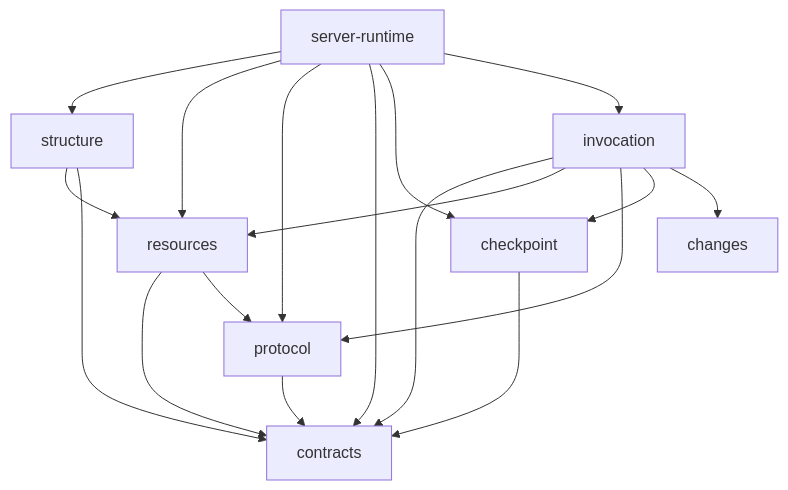
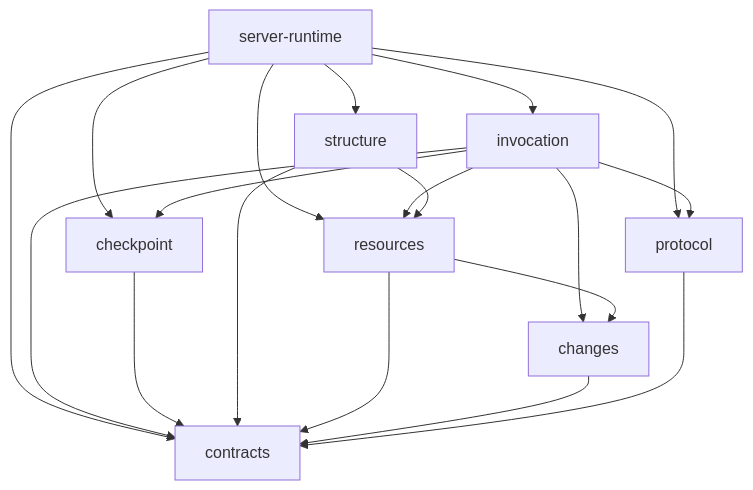
One commit to weiliang0121/capix changed the diagram in docs/contracts-protocol.md. Above: the diagram before and after it, drawn with Mermaid. The commit also changed other lines of this file and 70 other files, not shown here.

````diff
--- a/docs/contracts-protocol.md
+++ b/docs/contracts-protocol.md
@@ -19,20 +19,21 @@
 ```mermaid
 flowchart TD
   Runtime[server-runtime] --> Structure[structure]
   Runtime --> Resources[resources]
   Runtime --> Protocol[protocol]
   Runtime --> Contracts[contracts]
   Runtime --> Checkpoint[checkpoint]
   Runtime --> Invocation[invocation]
   Invocation --> Contracts
   Invocation --> Resources
   Invocation --> Protocol
   Invocation --> Checkpoint
   Invocation --> Changes[changes]
   Checkpoint --> Contracts
   Structure --> Resources
   Structure --> Contracts
   Resources --> Contracts
-  Resources --> Protocol
+  Resources --> Changes
+  Changes --> Contracts
   Protocol --> Contracts
 ```
````
